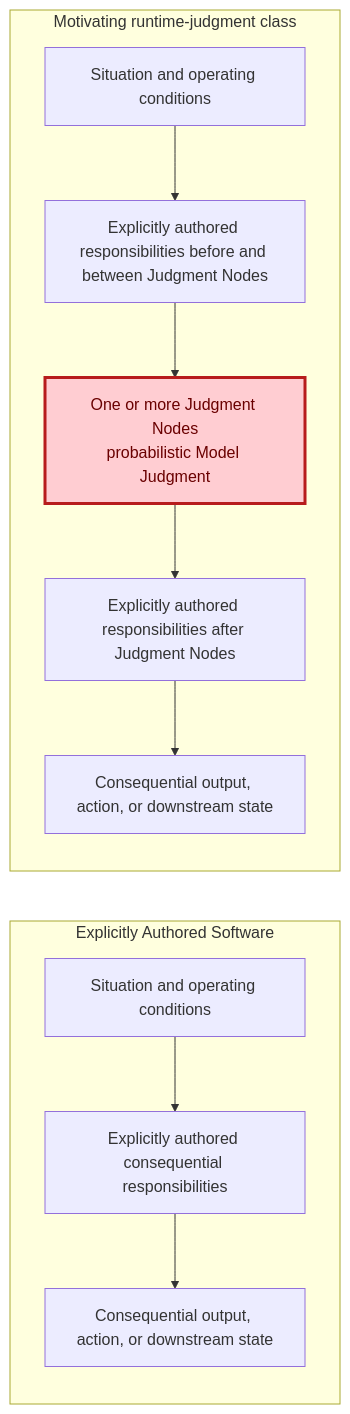
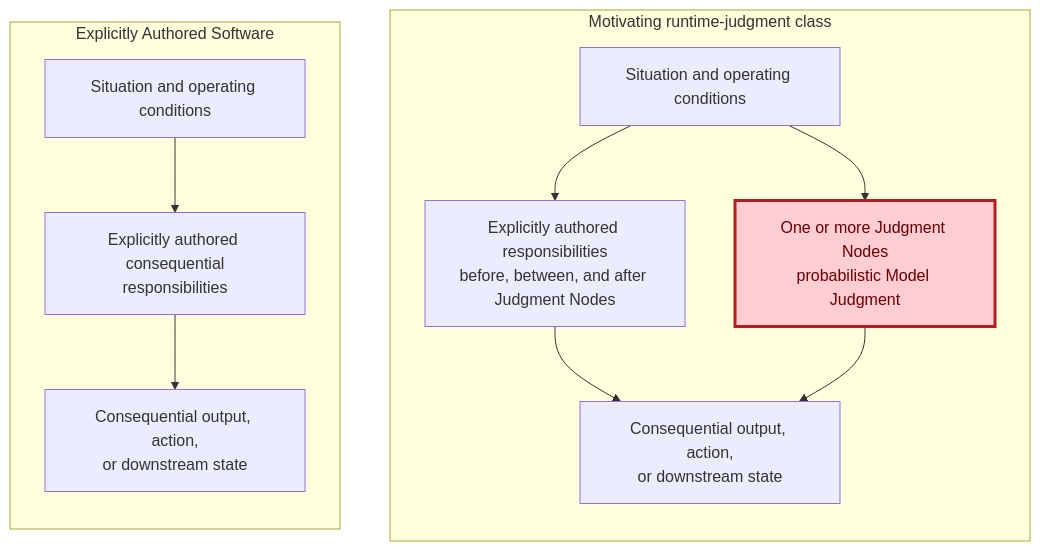
The third of 15 diagrams in content/research/notes/open-engineering-specification-article-draft.md (UncertaintyArchitectureGroup/uncertainty-architecture), drawn with Mermaid before and after one commit. The commit also changed 5 other files, not shown here.

Commit message:
research: restore Figure 3 source from Visual Review v3

````diff
--- a/content/research/notes/open-engineering-specification-article-draft.md
+++ b/content/research/notes/open-engineering-specification-article-draft.md
@@ -222,23 +222,25 @@
 ```mermaid
 flowchart LR
     subgraph A["Explicitly Authored Software"]
         direction TB
         A1["Situation and operating conditions"]
-        A2["Explicitly authored consequential responsibilities"]
-        A3["Consequential output, action, or downstream state"]
+        A2["Explicitly authored consequential<br/>responsibilities"]
+        A3["Consequential output, action,<br/>or downstream state"]
         A1 --> A2 --> A3
     end
 
     subgraph B["Motivating runtime-judgment class"]
         direction TB
         B1["Situation and operating conditions"]
-        B2["Explicitly authored responsibilities before and between Judgment Nodes"]
+        B2["Explicitly authored responsibilities<br/>before, between, and after Judgment Nodes"]
         J1["One or more Judgment Nodes<br/>probabilistic Model Judgment"]
-        B4["Explicitly authored responsibilities after Judgment Nodes"]
-        B3["Consequential output, action, or downstream state"]
-        B1 --> B2 --> J1 --> B4 --> B3
+        B3["Consequential output, action,<br/>or downstream state"]
+        B1 --> B2 --> B3
+        B1 --> J1 --> B3
     end
+
+    A2 ~~~ J1
 
     classDef judgment fill:#ffcdd2,stroke:#b71c1c,stroke-width:3px,color:#6a0000;
     class J1 judgment;
 ```
````
